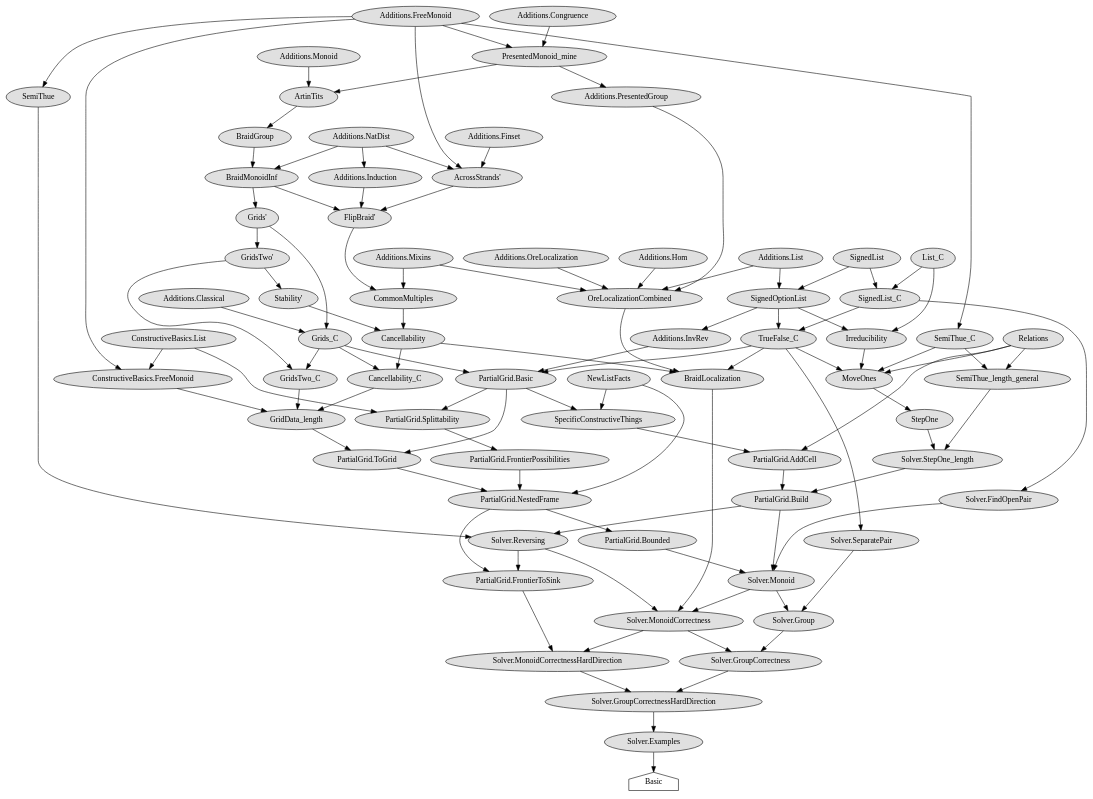
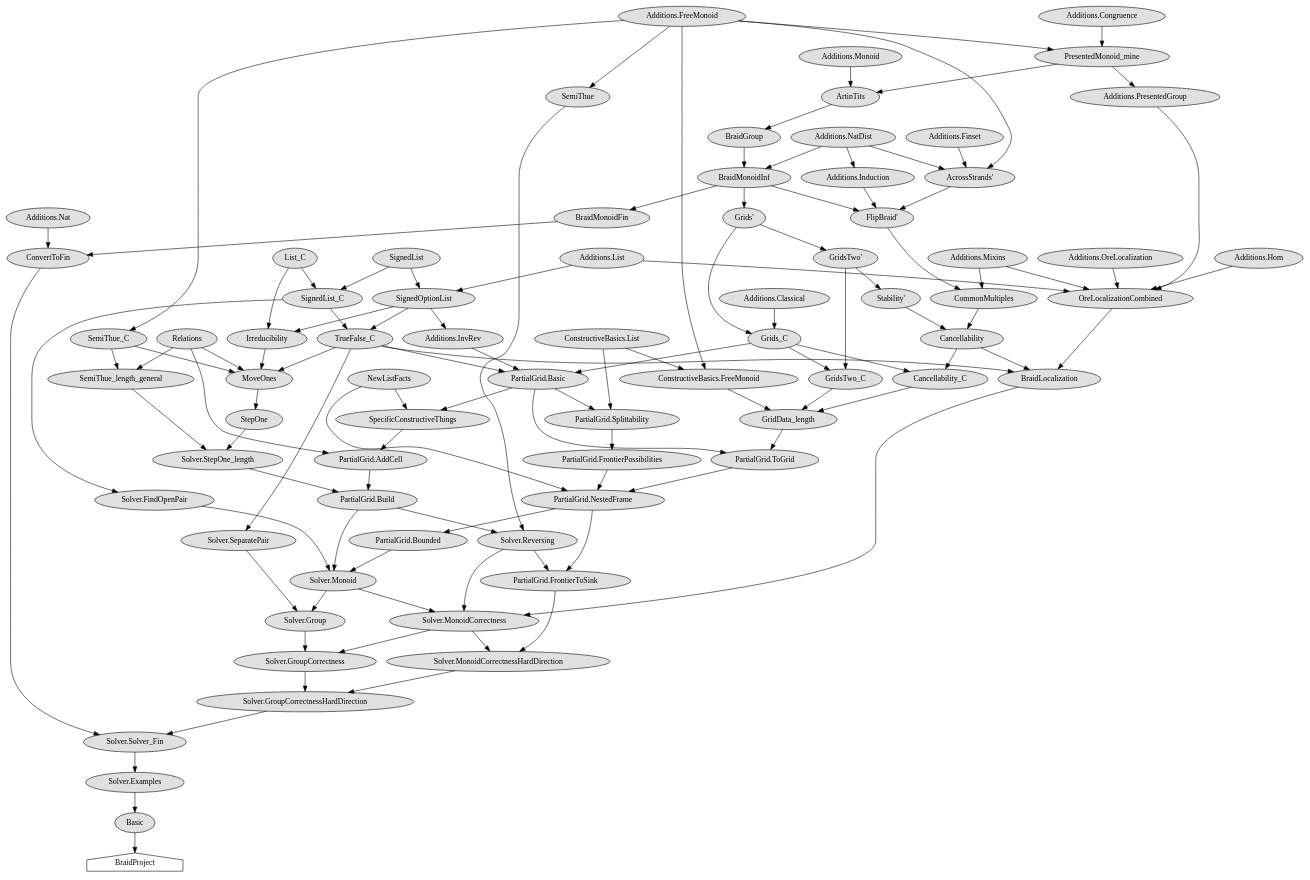
One commit to hannahfechtner/braids_better changed the diagram in import_graph_braid_only.dot. Above: the diagram before and after it, drawn with Graphviz. The commit also changed 27 other files, not shown here.

```diff
--- a/import_graph_braid_only.dot
+++ b/import_graph_braid_only.dot
@@ -1,170 +1,181 @@
 digraph "import_graph" {
   "NewListFacts" [style=filled, fillcolor="#e0e0e0", shape=ellipse];
+  "Additions.Nat" [style=filled, fillcolor="#e0e0e0", shape=ellipse];
   "BraidGroup" [style=filled, fillcolor="#e0e0e0", shape=ellipse];
   "ArtinTits" -> "BraidGroup";
   "Additions.List" [style=filled, fillcolor="#e0e0e0", shape=ellipse];
   "PartialGrid.AddCell" [style=filled, fillcolor="#e0e0e0", shape=ellipse];
   "Relations" -> "PartialGrid.AddCell";
   "SpecificConstructiveThings" -> "PartialGrid.AddCell";
   "Irreducibility" [style=filled, fillcolor="#e0e0e0", shape=ellipse];
   "List_C" -> "Irreducibility";
   "SignedOptionList" -> "Irreducibility";
   "Solver.MonoidCorrectnessHardDirection" [style=filled, fillcolor="#e0e0e0", shape=ellipse];
   "Solver.MonoidCorrectness" -> "Solver.MonoidCorrectnessHardDirection";
   "PartialGrid.FrontierToSink" -> "Solver.MonoidCorrectnessHardDirection";
   "SemiThue_length_general" [style=filled, fillcolor="#e0e0e0", shape=ellipse];
   "SemiThue_C" -> "SemiThue_length_general";
   "Relations" -> "SemiThue_length_general";
   "Solver.Monoid" [style=filled, fillcolor="#e0e0e0", shape=ellipse];
   "PartialGrid.Bounded" -> "Solver.Monoid";
   "PartialGrid.Build" -> "Solver.Monoid";
   "Solver.FindOpenPair" -> "Solver.Monoid";
   "OreLocalizationCombined" [style=filled, fillcolor="#e0e0e0", shape=ellipse];
   "Additions.Hom" -> "OreLocalizationCombined";
   "Additions.List" -> "OreLocalizationCombined";
   "Additions.Mixins" -> "OreLocalizationCombined";
   "Additions.OreLocalization" -> "OreLocalizationCombined";
   "Additions.PresentedGroup" -> "OreLocalizationCombined";
   "Relations" [style=filled, fillcolor="#e0e0e0", shape=ellipse];
   "Solver.Reversing" [style=filled, fillcolor="#e0e0e0", shape=ellipse];
   "SemiThue" -> "Solver.Reversing";
   "PartialGrid.Build" -> "Solver.Reversing";
   "Additions.FreeMonoid" [style=filled, fillcolor="#e0e0e0", shape=ellipse];
   "SpecificConstructiveThings" [style=filled, fillcolor="#e0e0e0", shape=ellipse];
   "NewListFacts" -> "SpecificConstructiveThings";
   "PartialGrid.Basic" -> "SpecificConstructiveThings";
   "PartialGrid.Build" [style=filled, fillcolor="#e0e0e0", shape=ellipse];
   "PartialGrid.AddCell" -> "PartialGrid.Build";
   "Solver.StepOne_length" -> "PartialGrid.Build";
   "PartialGrid.Basic" [style=filled, fillcolor="#e0e0e0", shape=ellipse];
   "Additions.InvRev" -> "PartialGrid.Basic";
   "Grids_C" -> "PartialGrid.Basic";
   "TrueFalse_C" -> "PartialGrid.Basic";
   "SignedList_C" [style=filled, fillcolor="#e0e0e0", shape=ellipse];
   "List_C" -> "SignedList_C";
   "SignedList" -> "SignedList_C";
   "BraidLocalization" [style=filled, fillcolor="#e0e0e0", shape=ellipse];
   "TrueFalse_C" -> "BraidLocalization";
   "Cancellability" -> "BraidLocalization";
   "OreLocalizationCombined" -> "BraidLocalization";
   "Cancellability_C" [style=filled, fillcolor="#e0e0e0", shape=ellipse];
   "Grids_C" -> "Cancellability_C";
   "Cancellability" -> "Cancellability_C";
   "Additions.Monoid" [style=filled, fillcolor="#e0e0e0", shape=ellipse];
   "Additions.Hom" [style=filled, fillcolor="#e0e0e0", shape=ellipse];
   "GridsTwo_C" [style=filled, fillcolor="#e0e0e0", shape=ellipse];
   "Grids_C" -> "GridsTwo_C";
   "GridsTwo'" -> "GridsTwo_C";
+  "BraidMonoidFin" [style=filled, fillcolor="#e0e0e0", shape=ellipse];
+  "BraidMonoidInf" -> "BraidMonoidFin";
   "PartialGrid.NestedFrame" [style=filled, fillcolor="#e0e0e0", shape=ellipse];
   "NewListFacts" -> "PartialGrid.NestedFrame";
   "PartialGrid.FrontierPossibilities" -> "PartialGrid.NestedFrame";
   "PartialGrid.ToGrid" -> "PartialGrid.NestedFrame";
   "GridsTwo'" [style=filled, fillcolor="#e0e0e0", shape=ellipse];
   "Grids'" -> "GridsTwo'";
   "Additions.Finset" [style=filled, fillcolor="#e0e0e0", shape=ellipse];
   "Additions.Congruence" [style=filled, fillcolor="#e0e0e0", shape=ellipse];
   "ConstructiveBasics.List" [style=filled, fillcolor="#e0e0e0", shape=ellipse];
   "Solver.Group" [style=filled, fillcolor="#e0e0e0", shape=ellipse];
   "Solver.Monoid" -> "Solver.Group";
   "Solver.SeparatePair" -> "Solver.Group";
   "Grids'" [style=filled, fillcolor="#e0e0e0", shape=ellipse];
   "BraidMonoidInf" -> "Grids'";
   "List_C" [style=filled, fillcolor="#e0e0e0", shape=ellipse];
   "Solver.GroupCorrectnessHardDirection" [style=filled, fillcolor="#e0e0e0", shape=ellipse];
   "Solver.GroupCorrectness" -> "Solver.GroupCorrectnessHardDirection";
   "Solver.MonoidCorrectnessHardDirection" -> "Solver.GroupCorrectnessHardDirection";
   "Solver.StepOne_length" [style=filled, fillcolor="#e0e0e0", shape=ellipse];
   "StepOne" -> "Solver.StepOne_length";
   "SemiThue_length_general" -> "Solver.StepOne_length";
   "Cancellability" [style=filled, fillcolor="#e0e0e0", shape=ellipse];
   "Stability'" -> "Cancellability";
   "CommonMultiples" -> "Cancellability";
   "Solver.MonoidCorrectness" [style=filled, fillcolor="#e0e0e0", shape=ellipse];
   "Solver.Monoid" -> "Solver.MonoidCorrectness";
   "Solver.Reversing" -> "Solver.MonoidCorrectness";
   "BraidLocalization" -> "Solver.MonoidCorrectness";
-  "Basic" [shape=house];
+  "Basic" [style=filled, fillcolor="#e0e0e0", shape=ellipse];
   "Solver.Examples" -> "Basic";
   "PartialGrid.ToGrid" [style=filled, fillcolor="#e0e0e0", shape=ellipse];
   "GridData_length" -> "PartialGrid.ToGrid";
   "PartialGrid.Basic" -> "PartialGrid.ToGrid";
   "MoveOnes" [style=filled, fillcolor="#e0e0e0", shape=ellipse];
   "SemiThue_C" -> "MoveOnes";
   "Relations" -> "MoveOnes";
   "TrueFalse_C" -> "MoveOnes";
   "Irreducibility" -> "MoveOnes";
   "Additions.NatDist" [style=filled, fillcolor="#e0e0e0", shape=ellipse];
   "Additions.Classical" [style=filled, fillcolor="#e0e0e0", shape=ellipse];
+  "BraidProject" [shape=house];
+  "Basic" -> "BraidProject";
   "SemiThue_C" [style=filled, fillcolor="#e0e0e0", shape=ellipse];
   "Additions.FreeMonoid" -> "SemiThue_C";
   "PresentedMonoid_mine" [style=filled, fillcolor="#e0e0e0", shape=ellipse];
   "Additions.Congruence" -> "PresentedMonoid_mine";
   "Additions.FreeMonoid" -> "PresentedMonoid_mine";
   "SignedOptionList" [style=filled, fillcolor="#e0e0e0", shape=ellipse];
   "SignedList" -> "SignedOptionList";
   "Additions.List" -> "SignedOptionList";
   "GridData_length" [style=filled, fillcolor="#e0e0e0", shape=ellipse];
   "Cancellability_C" -> "GridData_length";
   "ConstructiveBasics.FreeMonoid" -> "GridData_length";
   "GridsTwo_C" -> "GridData_length";
   "Additions.PresentedGroup" [style=filled, fillcolor="#e0e0e0", shape=ellipse];
   "PresentedMonoid_mine" -> "Additions.PresentedGroup";
   "Solver.FindOpenPair" [style=filled, fillcolor="#e0e0e0", shape=ellipse];
   "SignedList_C" -> "Solver.FindOpenPair";
   "TrueFalse_C" [style=filled, fillcolor="#e0e0e0", shape=ellipse];
   "SignedOptionList" -> "TrueFalse_C";
   "SignedList_C" -> "TrueFalse_C";
   "PartialGrid.Bounded" [style=filled, fillcolor="#e0e0e0", shape=ellipse];
   "PartialGrid.NestedFrame" -> "PartialGrid.Bounded";
   "BraidMonoidInf" [style=filled, fillcolor="#e0e0e0", shape=ellipse];
   "Additions.NatDist" -> "BraidMonoidInf";
   "BraidGroup" -> "BraidMonoidInf";
   "StepOne" [style=filled, fillcolor="#e0e0e0", shape=ellipse];
   "MoveOnes" -> "StepOne";
   "Solver.SeparatePair" [style=filled, fillcolor="#e0e0e0", shape=ellipse];
   "TrueFalse_C" -> "Solver.SeparatePair";
   "Additions.InvRev" [style=filled, fillcolor="#e0e0e0", shape=ellipse];
   "SignedOptionList" -> "Additions.InvRev";
   "FlipBraid'" [style=filled, fillcolor="#e0e0e0", shape=ellipse];
   "BraidMonoidInf" -> "FlipBraid'";
   "AcrossStrands'" -> "FlipBraid'";
   "Additions.Induction" -> "FlipBraid'";
   "CommonMultiples" [style=filled, fillcolor="#e0e0e0", shape=ellipse];
   "FlipBraid'" -> "CommonMultiples";
   "Additions.Mixins" -> "CommonMultiples";
   "AcrossStrands'" [style=filled, fillcolor="#e0e0e0", shape=ellipse];
   "Additions.Finset" -> "AcrossStrands'";
   "Additions.NatDist" -> "AcrossStrands'";
   "Additions.FreeMonoid" -> "AcrossStrands'";
   "ArtinTits" [style=filled, fillcolor="#e0e0e0", shape=ellipse];
   "Additions.Monoid" -> "ArtinTits";
   "PresentedMonoid_mine" -> "ArtinTits";
   "Solver.Examples" [style=filled, fillcolor="#e0e0e0", shape=ellipse];
-  "Solver.GroupCorrectnessHardDirection" -> "Solver.Examples";
+  "Solver.Solver_Fin" -> "Solver.Examples";
   "PartialGrid.FrontierToSink" [style=filled, fillcolor="#e0e0e0", shape=ellipse];
   "PartialGrid.NestedFrame" -> "PartialGrid.FrontierToSink";
   "Solver.Reversing" -> "PartialGrid.FrontierToSink";
   "SemiThue" [style=filled, fillcolor="#e0e0e0", shape=ellipse];
   "Additions.FreeMonoid" -> "SemiThue";
   "Additions.Mixins" [style=filled, fillcolor="#e0e0e0", shape=ellipse];
   "SignedList" [style=filled, fillcolor="#e0e0e0", shape=ellipse];
   "PartialGrid.FrontierPossibilities" [style=filled, fillcolor="#e0e0e0", shape=ellipse];
   "PartialGrid.Splittability" -> "PartialGrid.FrontierPossibilities";
+  "Solver.Solver_Fin" [style=filled, fillcolor="#e0e0e0", shape=ellipse];
+  "Solver.GroupCorrectnessHardDirection" -> "Solver.Solver_Fin";
+  "ConvertToFin" -> "Solver.Solver_Fin";
   "Solver.GroupCorrectness" [style=filled, fillcolor="#e0e0e0", shape=ellipse];
   "Solver.Group" -> "Solver.GroupCorrectness";
   "Solver.MonoidCorrectness" -> "Solver.GroupCorrectness";
   "PartialGrid.Splittability" [style=filled, fillcolor="#e0e0e0", shape=ellipse];
   "ConstructiveBasics.List" -> "PartialGrid.Splittability";
   "PartialGrid.Basic" -> "PartialGrid.Splittability";
   "Grids_C" [style=filled, fillcolor="#e0e0e0", shape=ellipse];
   "Grids'" -> "Grids_C";
   "Additions.Classical" -> "Grids_C";
+  "ConvertToFin" [style=filled, fillcolor="#e0e0e0", shape=ellipse];
+  "BraidMonoidFin" -> "ConvertToFin";
+  "Additions.Nat" -> "ConvertToFin";
   "Additions.OreLocalization" [style=filled, fillcolor="#e0e0e0", shape=ellipse];
   "ConstructiveBasics.FreeMonoid" [style=filled, fillcolor="#e0e0e0", shape=ellipse];
   "Additions.FreeMonoid" -> "ConstructiveBasics.FreeMonoid";
   "ConstructiveBasics.List" -> "ConstructiveBasics.FreeMonoid";
   "Additions.Induction" [style=filled, fillcolor="#e0e0e0", shape=ellipse];
   "Additions.NatDist" -> "Additions.Induction";
   "Stability'" [style=filled, fillcolor="#e0e0e0", shape=ellipse];
   "GridsTwo'" -> "Stability'";
 }
```
